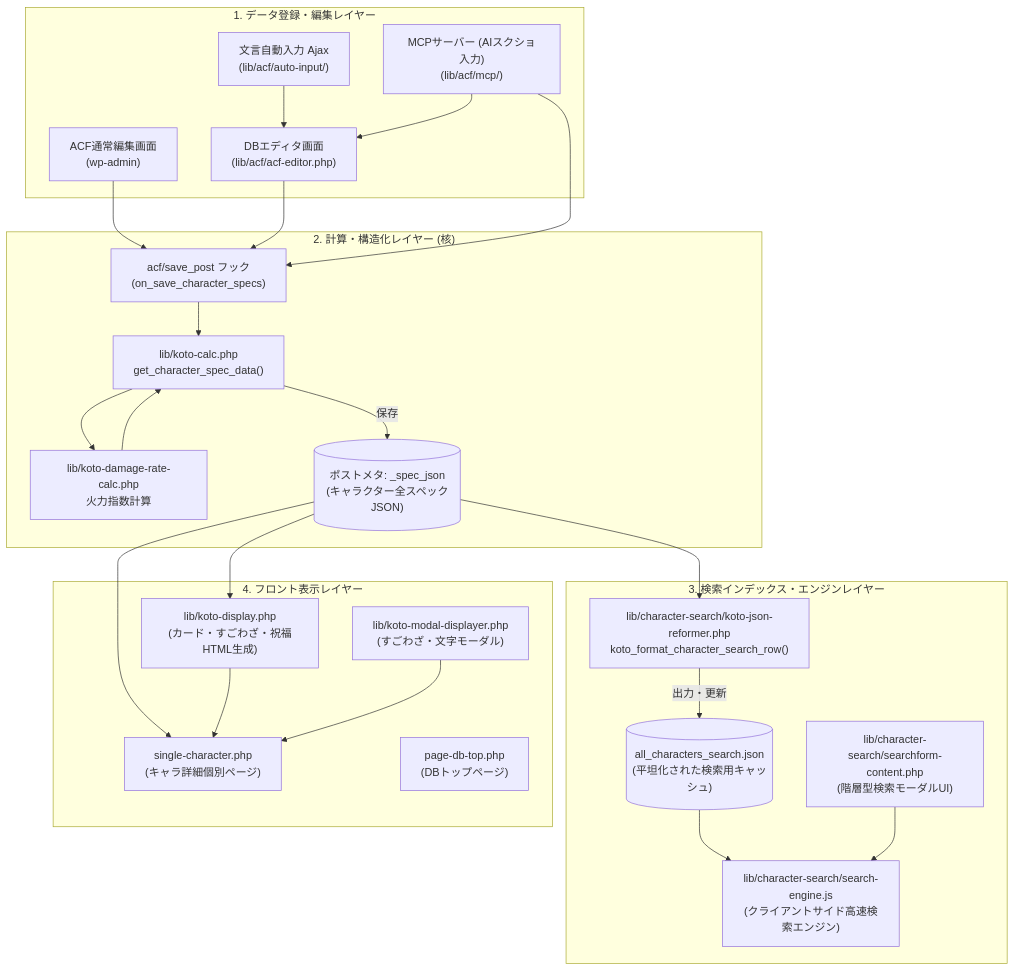
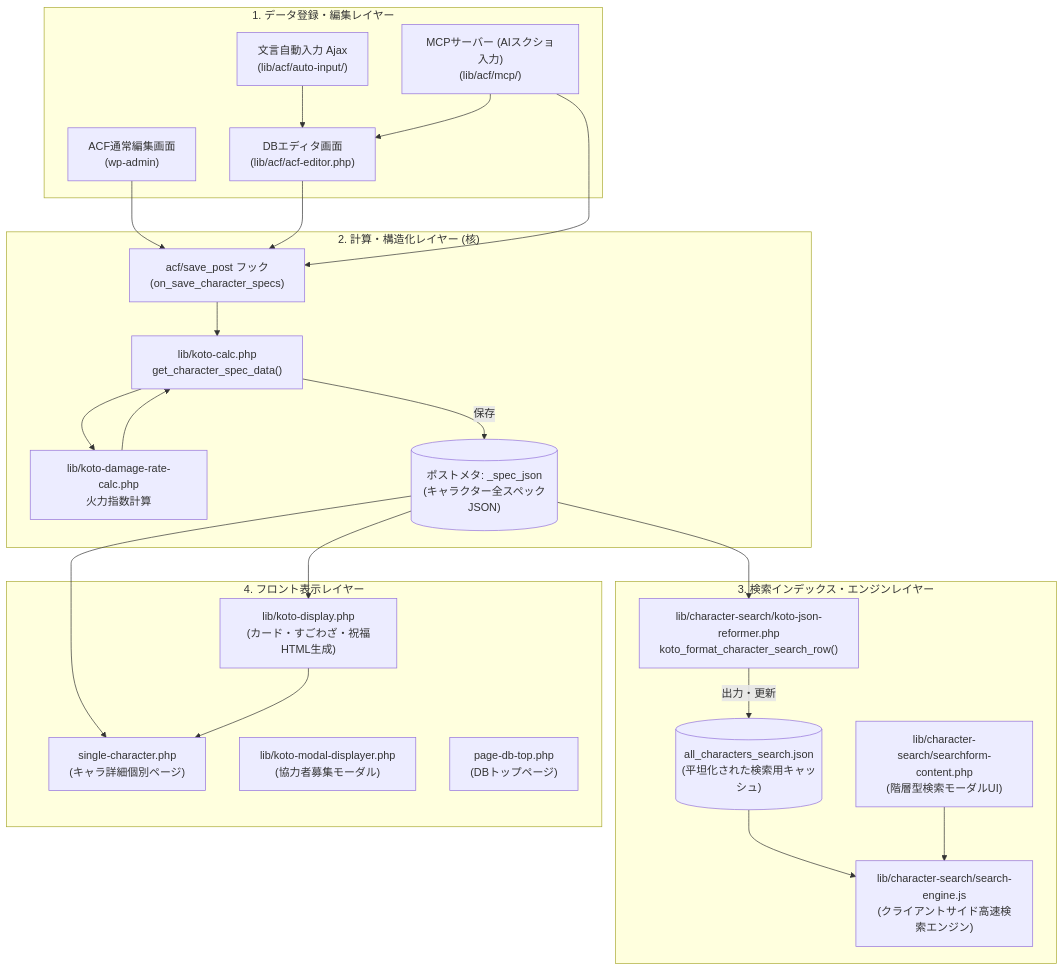
The first of 2 diagrams in documents/codebase-map.md (satorub01-cyber/kotodaman-db), drawn with Mermaid before and after one commit. The commit also changed other lines of this file and 10 other files, not shown here.

````diff
--- a/documents/codebase-map.md
+++ b/documents/codebase-map.md
@@ -14,55 +14,54 @@
 ```mermaid
 flowchart TD
     subgraph DataInput ["1. データ登録・編集レイヤー"]
         ACF_UI["ACF通常編集画面<br/>(wp-admin)"]
         ACF_Custom["DBエディタ画面<br/>(lib/acf/acf-editor.php)"]
         AutoInput["文言自動入力 Ajax<br/>(lib/acf/auto-input/)"]
         MCP_Server["MCPサーバー (AIスクショ入力)<br/>(lib/acf/mcp/)"]
     end
 
     subgraph DataProcessing ["2. 計算・構造化レイヤー (核)"]
         SaveHook["acf/save_post フック<br/>(on_save_character_specs)"]
         KotoCalc["lib/koto-calc.php<br/>get_character_spec_data()"]
         DamageCalc["lib/koto-damage-rate-calc.php<br/>火力指数計算"]
         SpecJSON[("ポストメタ: _spec_json<br/>(キャラクター全スペックJSON)")]
     end
 
     subgraph SearchLayer ["3. 検索インデックス・エンジンレイヤー"]
         JsonReformer["lib/character-search/koto-json-reformer.php<br/>koto_format_character_search_row()"]
         SearchJSON[("all_characters_search.json<br/>(平坦化された検索用キャッシュ)")]
         SearchEngine["lib/character-search/search-engine.js<br/>(クライアントサイド高速検索エンジン)"]
         SearchForm["lib/character-search/searchform-content.php<br/>(階層型検索モーダルUI)"]
     end
 
     subgraph DisplayLayer ["4. フロント表示レイヤー"]
         SingleChara["single-character.php<br/>(キャラ詳細個別ページ)"]
         KotoDisplay["lib/koto-display.php<br/>(カード・すごわざ・祝福HTML生成)"]
-        ModalDisplay["lib/koto-modal-displayer.php<br/>(すごわざ・文字モーダル)"]
+        ModalDisplay["lib/koto-modal-displayer.php<br/>(協力者募集モーダル)"]
         DBTop["page-db-top.php<br/>(DBトップページ)"]
     end
 
     %% データ入力から保存へ
     ACF_UI --> SaveHook
     ACF_Custom --> SaveHook
     AutoInput --> ACF_Custom
     MCP_Server --> ACF_Custom
     MCP_Server --> SaveHook
 
     %% 保存処理と構造化
     SaveHook --> KotoCalc
     KotoCalc --> DamageCalc
     DamageCalc --> KotoCalc
     KotoCalc -->|保存| SpecJSON
 
     %% 検索用JSON生成
     SpecJSON --> JsonReformer
     JsonReformer -->|出力・更新| SearchJSON
     SearchJSON --> SearchEngine
     SearchForm --> SearchEngine
 
     %% 詳細表示
     SpecJSON --> SingleChara
     SpecJSON --> KotoDisplay
     KotoDisplay --> SingleChara
-    ModalDisplay --> SingleChara
 ```
````
